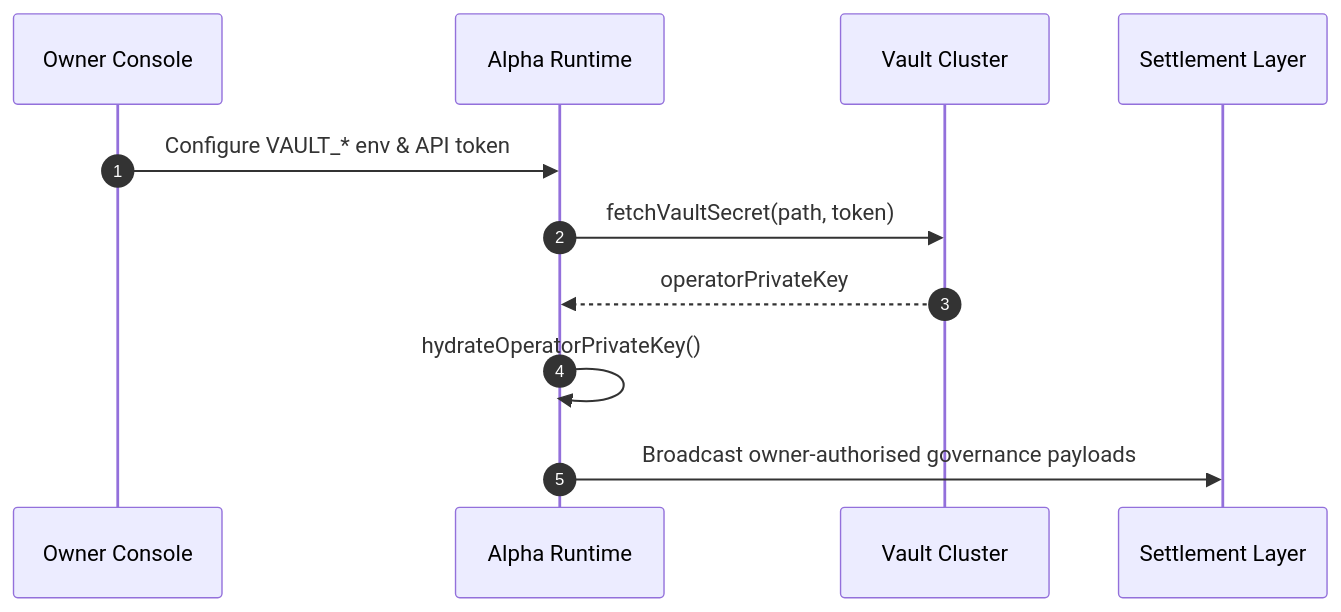
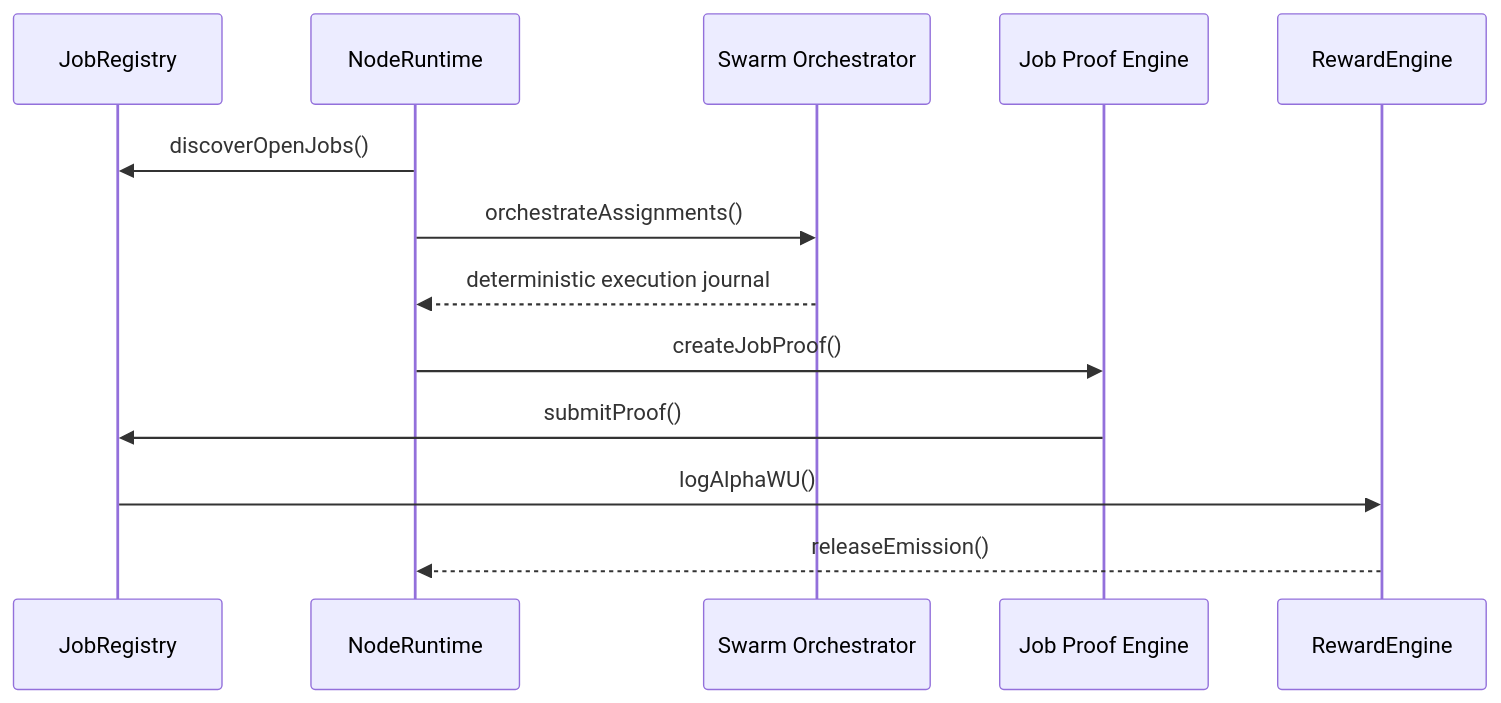
One commit to MontrealAI/AGI-Alpha-Node-v0 changed the third of 6 diagrams in docs/economics.md. Above: the diagram before and after it, drawn with Mermaid. The commit also changed other lines of this file, not shown here.

````diff
--- a/docs/economics.md
+++ b/docs/economics.md
@@ -382,14 +202,16 @@
 ```mermaid
 sequenceDiagram
-  autonumber
-  participant Owner as Owner Console
-  participant Runtime as Alpha Runtime
-  participant Vault as Vault Cluster
-  participant Chain as Settlement Layer
+  participant Registry as JobRegistry
+  participant Node as NodeRuntime
+  participant Swarm as Swarm Orchestrator
+  participant Proof as Job Proof Engine
+  participant Rewards as RewardEngine
 
-  Owner->>Runtime: Configure VAULT_* env & API token
-  Runtime->>Vault: fetchVaultSecret(path, token)
-  Vault-->>Runtime: operatorPrivateKey
-  Runtime->>Runtime: hydrateOperatorPrivateKey()
-  Runtime->>Chain: Broadcast owner-authorised governance payloads
+  Node->>Registry: discoverOpenJobs()
+  Node->>Swarm: orchestrateAssignments()
+  Swarm-->>Node: deterministic execution journal
+  Node->>Proof: createJobProof()
+  Proof->>Registry: submitProof()
+  Registry->>Rewards: logAlphaWU()
+  Rewards-->>Node: releaseEmission()
 ```
````
